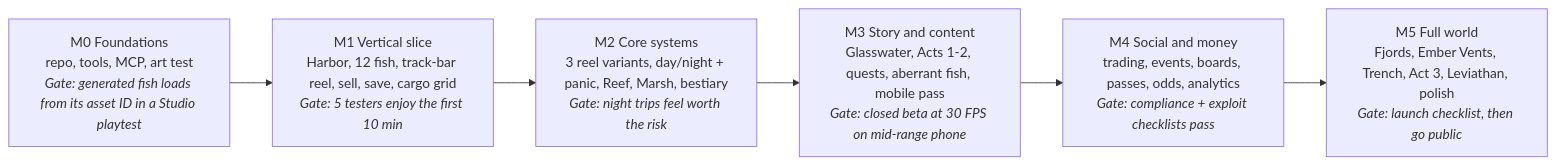
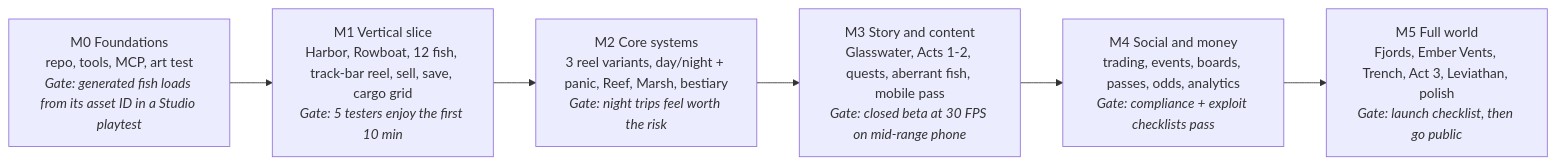
One commit to M-FarhanFadhillah/Lantern-Rite changed the second of 2 diagrams in docs/PRD.md. Above: the diagram before and after it, drawn with Mermaid. The commit also changed other lines of this file and 3 other files, not shown here.

````diff
--- a/docs/PRD.md
+++ b/docs/PRD.md
@@ -632,8 +632,8 @@
 ```mermaid
 flowchart LR
-  M0["M0 Foundations<br/>repo, tools, MCP, art test<br/><i>Gate: generated fish loads from its asset ID in a Studio playtest</i>"] --> M1["M1 Vertical slice<br/>Harbor, 12 fish, track-bar reel, sell, save, cargo grid<br/><i>Gate: 5 testers enjoy the first 10 min</i>"]
+  M0["M0 Foundations<br/>repo, tools, MCP, art test<br/><i>Gate: generated fish loads from its asset ID in a Studio playtest</i>"] --> M1["M1 Vertical slice<br/>Harbor, Rowboat, 12 fish, track-bar reel, sell, save, cargo grid<br/><i>Gate: 5 testers enjoy the first 10 min</i>"]
   M1 --> M2["M2 Core systems<br/>3 reel variants, day/night + panic, Reef, Marsh, bestiary<br/><i>Gate: night trips feel worth the risk</i>"]
   M2 --> M3["M3 Story and content<br/>Glasswater, Acts 1-2, quests, aberrant fish, mobile pass<br/><i>Gate: closed beta at 30 FPS on mid-range phone</i>"]
   M3 --> M4["M4 Social and money<br/>trading, events, boards, passes, odds, analytics<br/><i>Gate: compliance + exploit checklists pass</i>"]
   M4 --> M5["M5 Full world<br/>Fjords, Ember Vents, Trench, Act 3, Leviathan, polish<br/><i>Gate: launch checklist, then go public</i>"]
 ```
````
